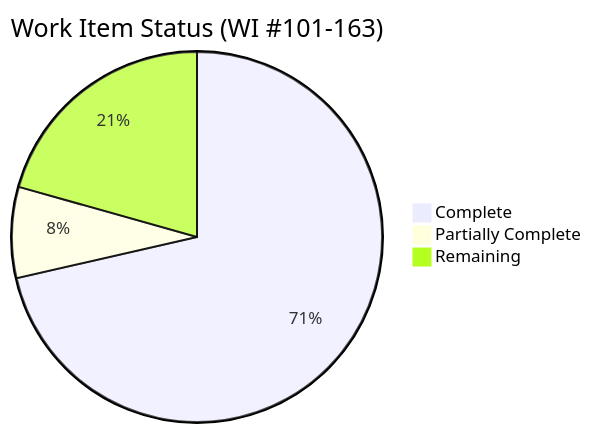
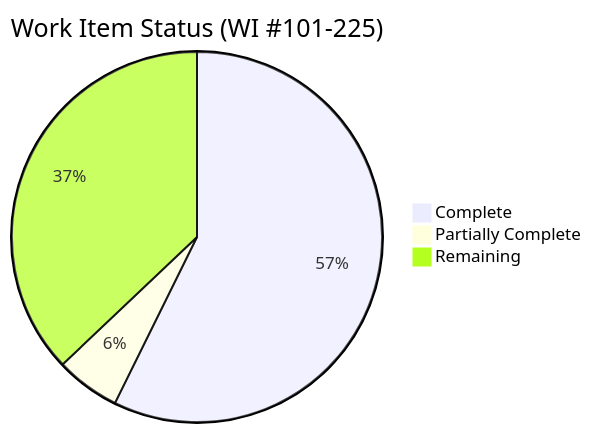
Before and after one commit to Remaker-Digital/groundtruth-kb: the first of 3 diagrams in docs/BACKLOG-NEW-WORK-ITEMS.md, drawn with Mermaid. The commit also changed other lines of this file and 2 other files, not shown here.

First line of the commit message:
WI #209-225: RAG infrastructure gap analysis + 17 new work items

````diff
--- a/docs/BACKLOG-NEW-WORK-ITEMS.md
+++ b/docs/BACKLOG-NEW-WORK-ITEMS.md
@@ -15,6 +15,6 @@
 ```mermaid
-pie title Work Item Status (WI #101-163)
-    "Complete" : 45
+pie title Work Item Status (WI #101-225)
+    "Complete" : 51
     "Partially Complete" : 5
-    "Remaining" : 13
+    "Remaining" : 33
 ```
````
